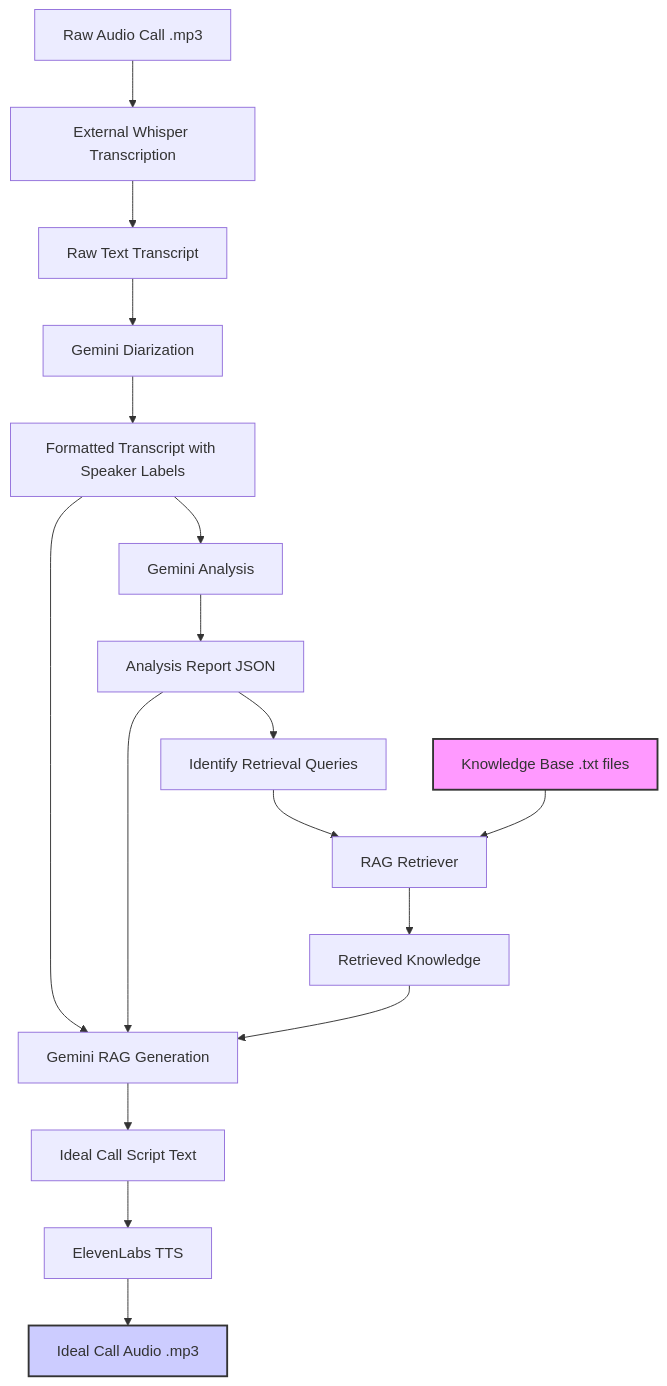
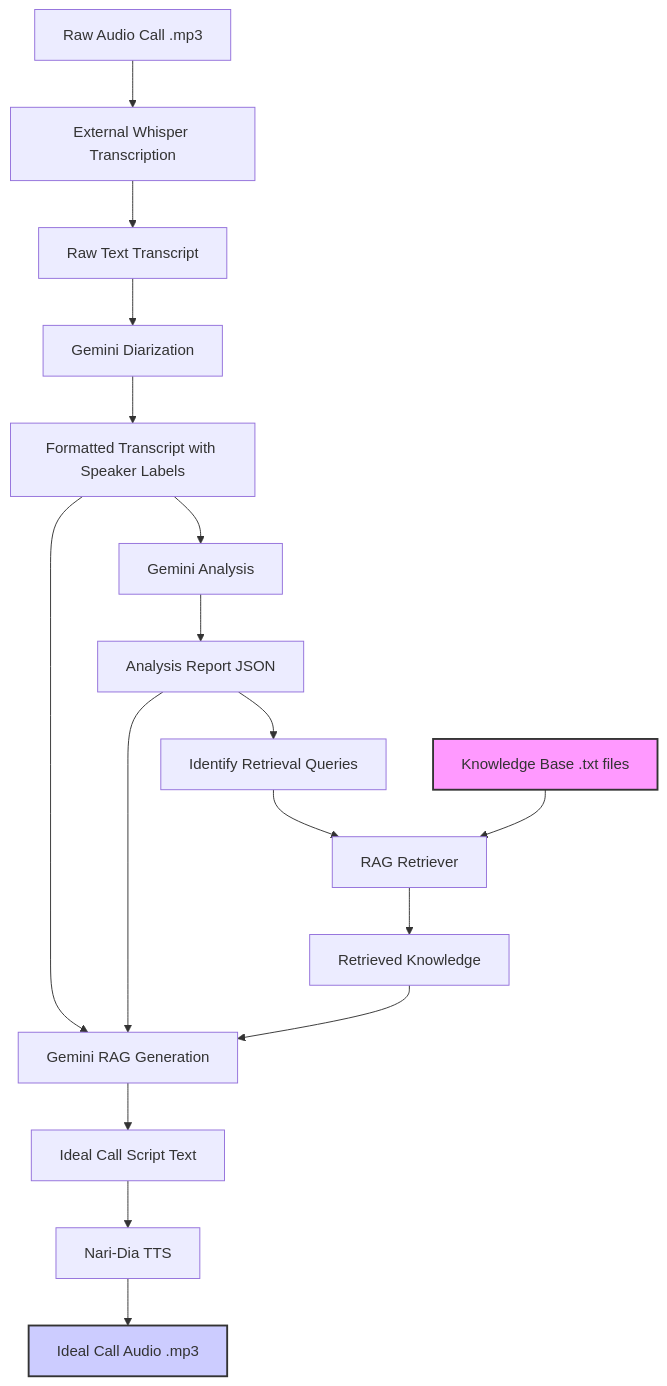
The diagram in README.md (Nvm-seff/AI-Powered-Ideal-Call-Generator), drawn with Mermaid before and after one commit. The commit also changed other lines of this file, not shown here.

`````diff
--- a/README.md
+++ b/README.md
@@ -31,24 +31,24 @@
 ```mermaid
 graph TD
     A[Raw Audio Call .mp3] --> B[External Whisper Transcription]
     B --> C[Raw Text Transcript]
     C --> D[Gemini Diarization]
     D --> E[Formatted Transcript with Speaker Labels]
     E --> F[Gemini Analysis]
     F --> G[Analysis Report JSON]
     G --> H[Identify Retrieval Queries]
     H --> I[RAG Retriever]
     J[Knowledge Base .txt files] --> I
     I --> K[Retrieved Knowledge]
 
     E --> L[Gemini RAG Generation]
     G --> L
     K --> L
 
     L --> M[Ideal Call Script Text]
-    M --> N[ElevenLabs TTS]
+    M --> N[Nari-Dia TTS]
     N --> O[Ideal Call Audio .mp3]
 
     style J fill:#f9f,stroke:#333,stroke-width:2px
     style O fill:#ccf,stroke:#333,stroke-width:2px
 ````
`````
